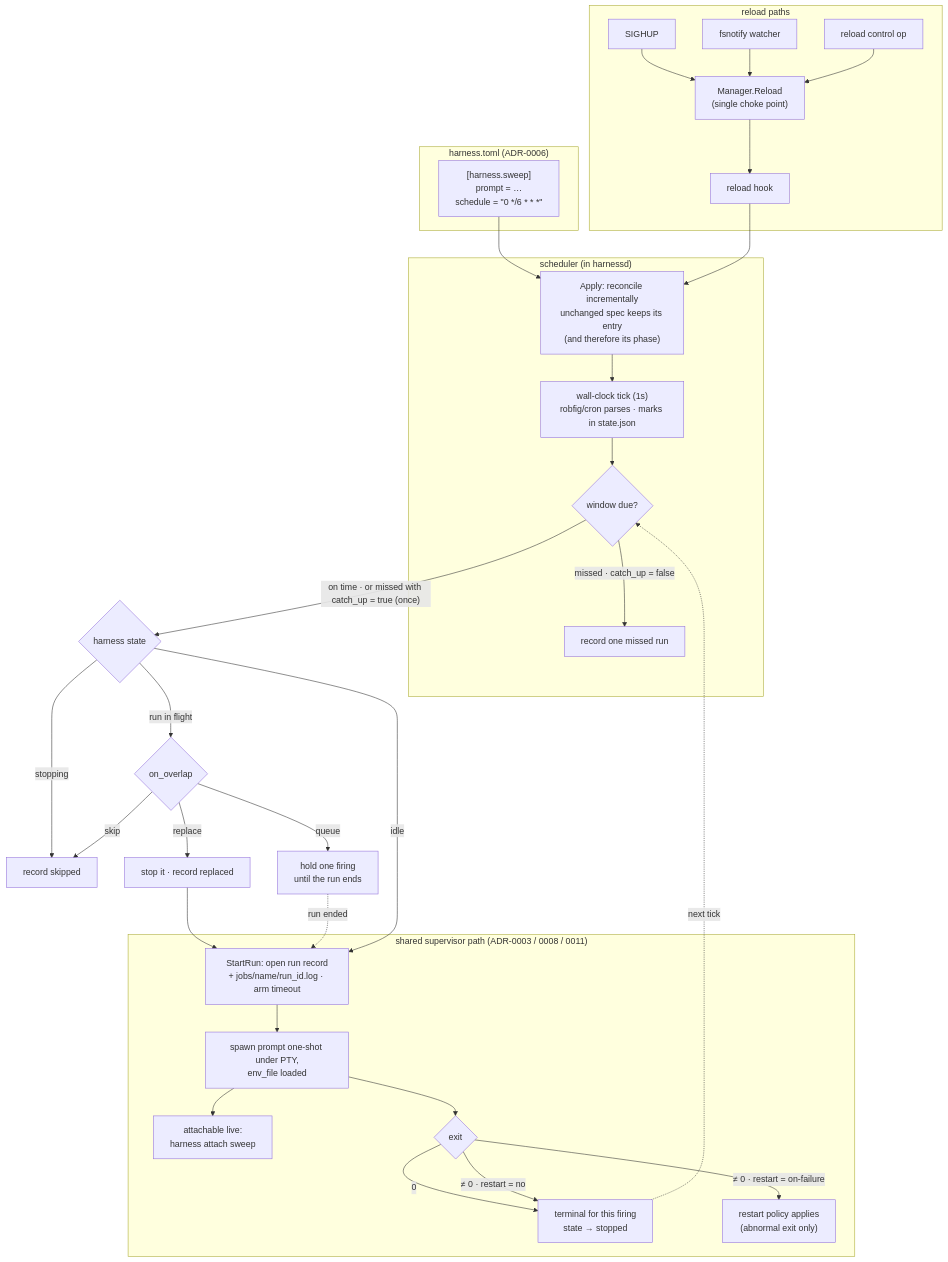
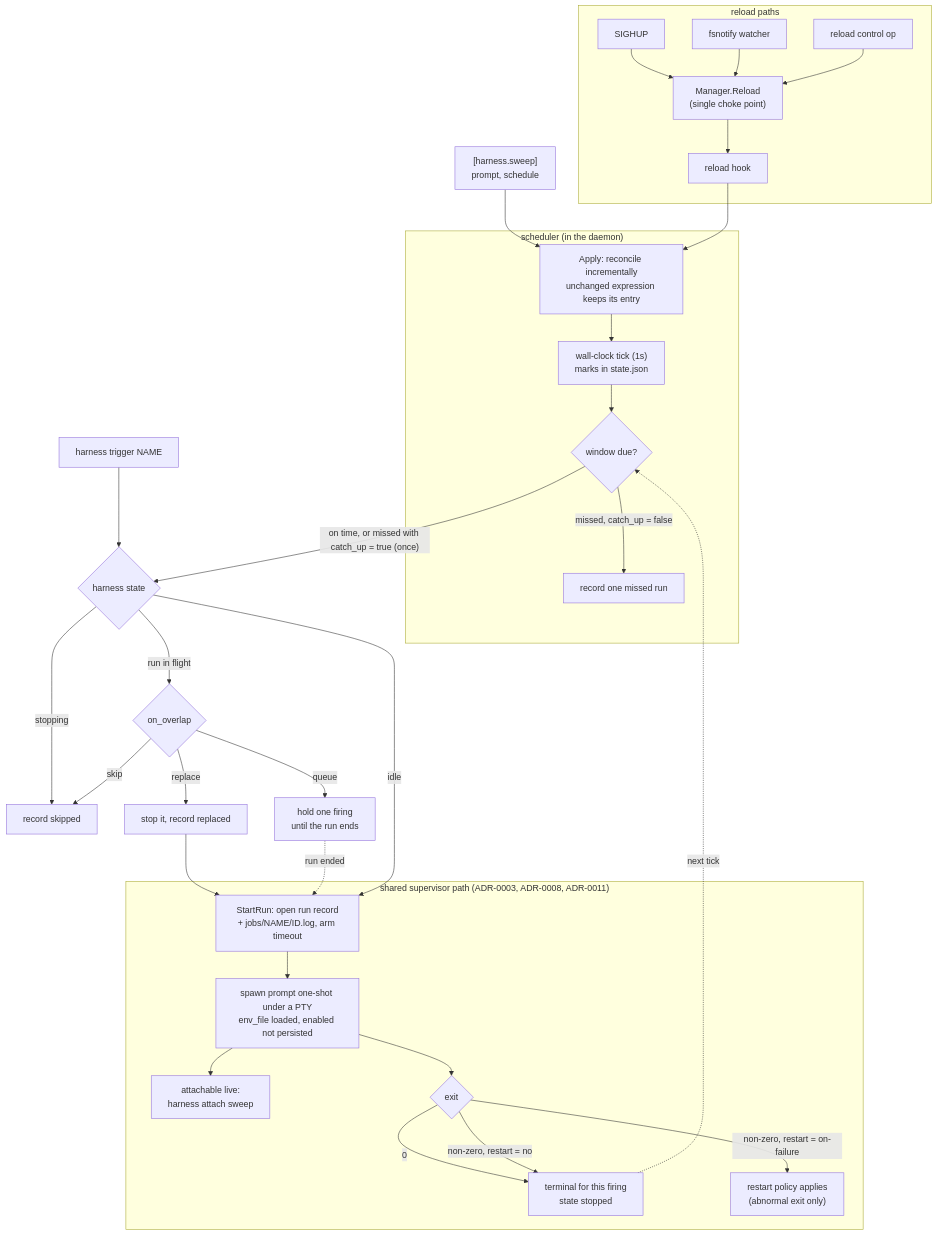
One commit to stump-wtf/harness changed the diagram in docs/adrs/adr-0013-scheduled-one-shot-jobs.md. Above: the diagram before and after it, drawn with Mermaid. The commit also changed other lines of this file and 12 other files, not shown here.

````diff
--- a/docs/adrs/adr-0013-scheduled-one-shot-jobs.md
+++ b/docs/adrs/adr-0013-scheduled-one-shot-jobs.md
@@ -545,44 +478,43 @@
 ```mermaid
 flowchart TD
-    subgraph cfg["harness.toml (ADR-0006)"]
-        C["[harness.sweep]<br/>prompt = …<br/>schedule = &quot;0 */6 * * *&quot;"]
-    end
+    C["[harness.sweep]<br/>prompt, schedule"]:::store
 
     subgraph reload["reload paths"]
-        SIG["SIGHUP"] --> RL
-        WATCH["fsnotify watcher"] --> RL
-        OP["reload control op"] --> RL
-        RL["Manager.Reload<br/>(single choke point)"] --> HOOK["reload hook"]
+        SIG["SIGHUP"]:::client --> RL
+        WATCH["fsnotify watcher"]:::daemon --> RL
+        OP["reload control op"]:::client --> RL
+        RL["Manager.Reload<br/>(single choke point)"]:::daemon --> HOOK["reload hook"]:::daemon
     end
 
     C --> APPLY
     HOOK --> APPLY
 
-    subgraph sched["scheduler (in harnessd)"]
-        APPLY["Apply: reconcile incrementally<br/>unchanged spec keeps its entry<br/>(and therefore its phase)"]
-        APPLY --> CRON["wall-clock tick (1s)<br/>robfig/cron parses · marks in state.json"]
+    subgraph sched["scheduler (in the daemon)"]
+        APPLY["Apply: reconcile incrementally<br/>unchanged expression keeps its entry"]:::daemon
+        APPLY --> CRON["wall-clock tick (1s)<br/>marks in state.json"]:::daemon
         CRON --> TICK{"window due?"}
-        TICK -->|"missed · catch_up = false"| MISS["record one missed run"]
+        TICK -->|"missed, catch_up = false"| MISS["record one missed run"]:::store
     end
 
-    TICK -->|"on time · or missed with catch_up = true (once)"| GUARD{"harness state"}
-    GUARD -->|"stopping"| SKIP["record skipped"]
+    TRIG["harness trigger NAME"]:::client --> GUARD
+    TICK -->|"on time, or missed with catch_up = true (once)"| GUARD{"harness state"}
+    GUARD -->|"stopping"| SKIP["record skipped"]:::store
     GUARD -->|"run in flight"| OVERLAP{"on_overlap"}
     OVERLAP -->|"skip"| SKIP
-    OVERLAP -->|"queue"| HOLD["hold one firing<br/>until the run ends"]
-    OVERLAP -->|"replace"| REPL["stop it · record replaced"]
+    OVERLAP -->|"queue"| HOLD["hold one firing<br/>until the run ends"]:::daemon
+    OVERLAP -->|"replace"| REPL["stop it, record replaced"]:::daemon
     REPL --> START
     HOLD -.->|"run ended"| START
-    GUARD -->|"idle"| START["StartRun: open run record<br/>+ jobs/name/run_id.log · arm timeout"]
+    GUARD -->|"idle"| START["StartRun: open run record<br/>+ jobs/NAME/ID.log, arm timeout"]:::daemon
 
-    subgraph exec["shared supervisor path (ADR-0003 / 0008 / 0011)"]
-        START --> SPAWN["spawn prompt one-shot under PTY,<br/>env_file loaded"]
-        SPAWN --> ATT["attachable live:<br/>harness attach sweep"]
+    subgraph exec["shared supervisor path (ADR-0003, ADR-0008, ADR-0011)"]
+        START --> SPAWN["spawn prompt one-shot under a PTY<br/>env_file loaded, enabled not persisted"]:::agent
+        SPAWN --> ATT["attachable live:<br/>harness attach sweep"]:::client
         SPAWN --> EXIT{"exit"}
-        EXIT -->|"0"| DONE["terminal for this firing<br/>state → stopped"]
-        EXIT -->|"≠ 0 · restart = on-failure"| RETRY["restart policy applies<br/>(abnormal exit only)"]
-        EXIT -->|"≠ 0 · restart = no"| DONE
+        EXIT -->|"0"| DONE["terminal for this firing<br/>state stopped"]:::daemon
+        EXIT -->|"non-zero, restart = on-failure"| RETRY["restart policy applies<br/>(abnormal exit only)"]:::danger
+        EXIT -->|"non-zero, restart = no"| DONE
     end
 
     DONE -.->|"next tick"| TICK
 ```
````
